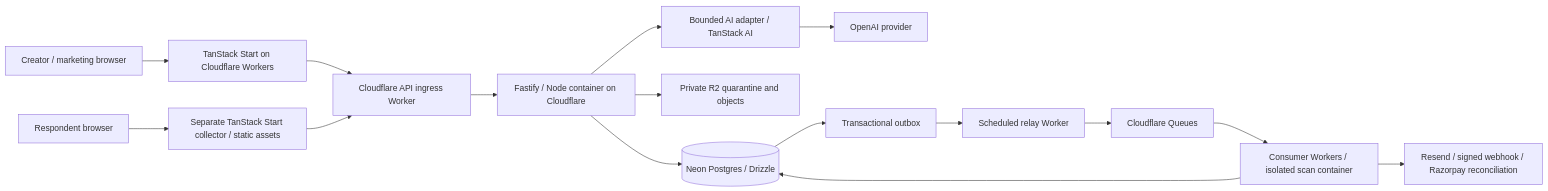
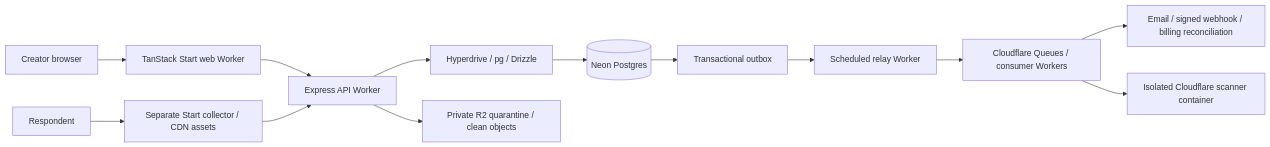
The diagram in docs/03-technical-foundation.md (jackedengineer/snapform), drawn with Mermaid before and after one commit. The commit also changed other lines of this file and 16 other files, not shown here.

Commit message:
docs: adopt Express Workers and native-first delivery gates

````diff
--- a/docs/03-technical-foundation.md
+++ b/docs/03-technical-foundation.md
@@ -11,18 +9,15 @@
 ```mermaid
 flowchart LR
-  C[Creator / marketing browser] --> W[TanStack Start on Cloudflare Workers]
-  R[Respondent browser] --> S[Separate TanStack Start collector / static assets]
-  W --> E[Cloudflare API ingress Worker]
-  S --> E
-  E --> A[Fastify / Node container on Cloudflare]
-  A --> P[(Neon Postgres / Drizzle)]
-  A --> F[Private R2 quarantine and objects]
-  A --> G[Bounded AI adapter / TanStack AI]
-  G --> L[OpenAI provider]
+  B[Creator browser] --> W[TanStack Start web Worker]
+  U[Respondent] --> C[Separate Start collector / CDN assets]
+  W --> A[Express API Worker]
+  C --> A
+  A --> H[Hyperdrive / pg / Drizzle]
+  H --> P[(Neon Postgres)]
+  A --> R[Private R2 quarantine / clean objects]
   P --> O[Transactional outbox]
-  O --> J[Scheduled relay Worker]
-  J --> Q[Cloudflare Queues]
-  Q --> K[Consumer Workers / isolated scan container]
-  K --> D[Resend / signed webhook / Razorpay reconciliation]
-  K --> P
+  O --> S[Scheduled relay Worker]
+  S --> Q[Cloudflare Queues / consumer Workers]
+  Q --> E[Email / signed webhook / billing reconciliation]
+  Q --> F[Isolated Cloudflare scanner container]
 ```
````
